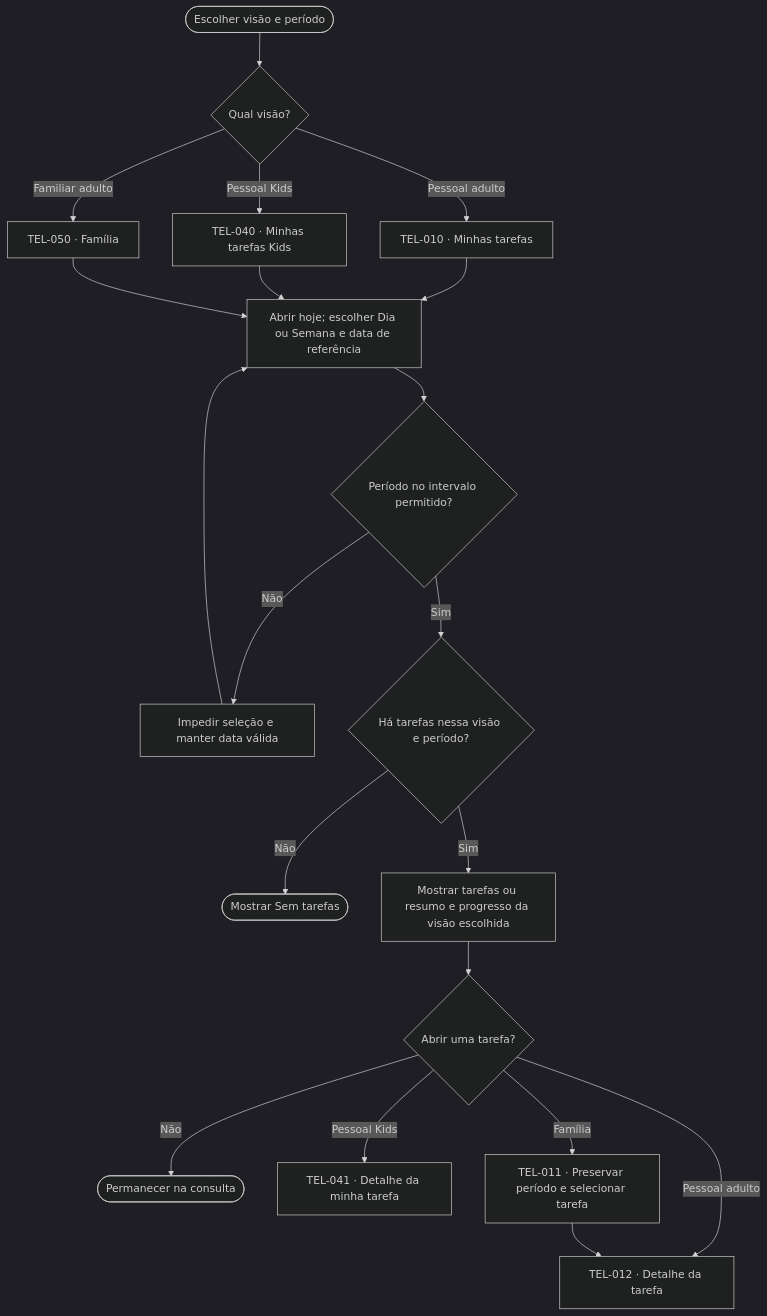
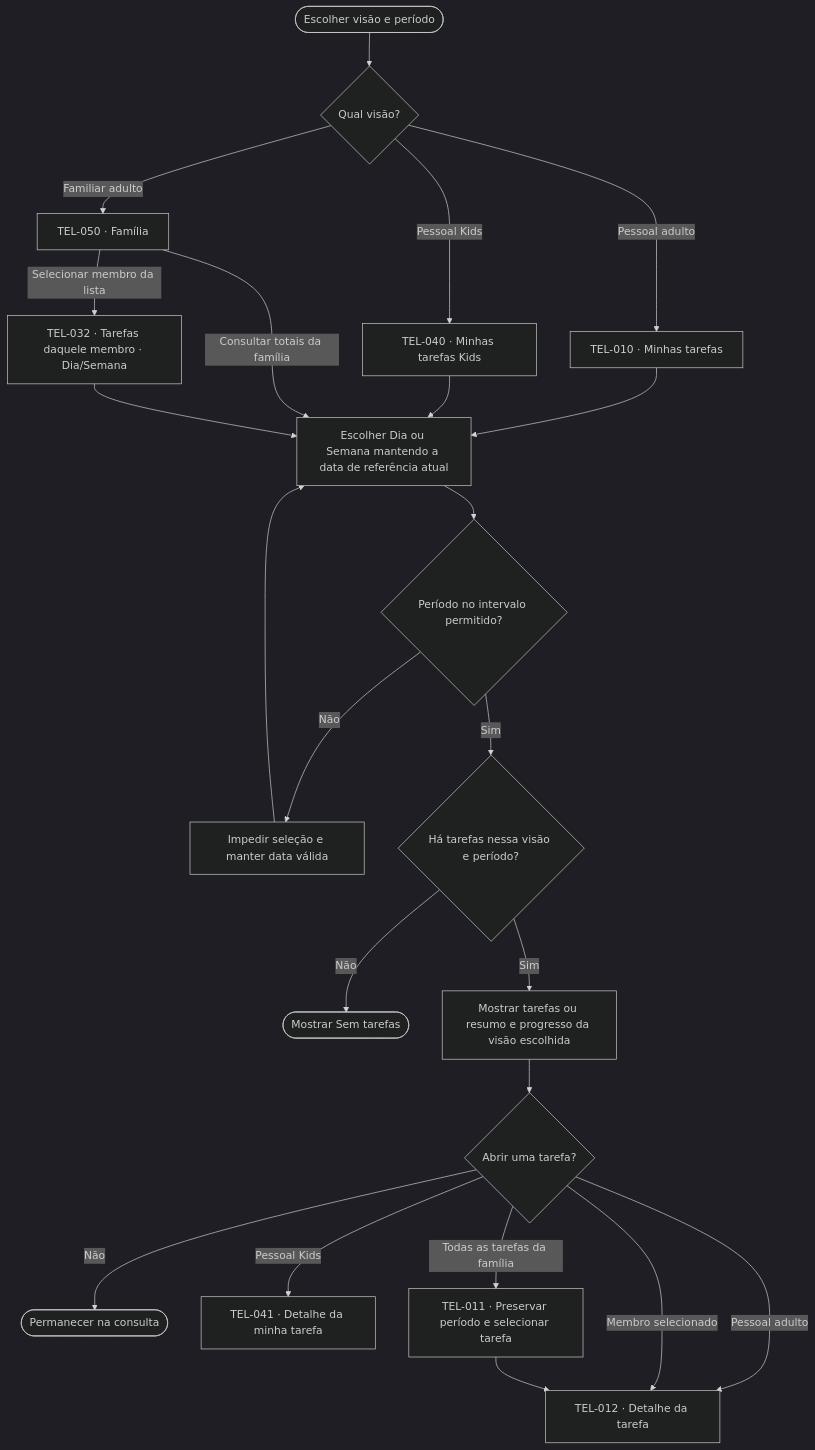
One commit to lizandramalta/App-Rotina-Familiar changed the fourth of 15 diagrams in docs/design/user-flows.md. Above: the diagram before and after it, drawn with Mermaid (dark theme). The commit also changed other lines of this file and 20 other files, not shown here.

````diff
--- a/docs/design/user-flows.md
+++ b/docs/design/user-flows.md
@@ -156,22 +155,25 @@
 ```mermaid
 flowchart TD
     A(["Escolher visão e período"]) --> B{"Qual visão?"}
     B -->|Pessoal adulto| C["TEL-010 · Minhas tarefas"]
     B -->|Pessoal Kids| D["TEL-040 · Minhas tarefas Kids"]
     B -->|Familiar adulto| E["TEL-050 · Família"]
-    C --> F["Abrir hoje; escolher Dia ou Semana e data de referência"]
+    C --> F["Escolher Dia ou Semana mantendo a data de referência atual"]
     D --> F
-    E --> F
+    E -->|Consultar totais da família| F
+    E -->|Selecionar membro da lista| PM["TEL-032 · Tarefas daquele membro · Dia/Semana"]
+    PM --> F
     F --> G{"Período no intervalo permitido?"}
     G -->|Não| H["Impedir seleção e manter data válida"]
     H --> F
     G -->|Sim| I{"Há tarefas nessa visão e período?"}
     I -->|Não| J(["Mostrar Sem tarefas"])
     I -->|Sim| K["Mostrar tarefas ou resumo e progresso da visão escolhida"]
     K --> L{"Abrir uma tarefa?"}
     L -->|Não| M(["Permanecer na consulta"])
     L -->|Pessoal adulto| N["TEL-012 · Detalhe da tarefa"]
     L -->|Pessoal Kids| O["TEL-041 · Detalhe da minha tarefa"]
-    L -->|Família| P["TEL-011 · Preservar período e selecionar tarefa"]
+    L -->|Membro selecionado| N
+    L -->|Todas as tarefas da família| P["TEL-011 · Preservar período e selecionar tarefa"]
     P --> N
 ```
````
